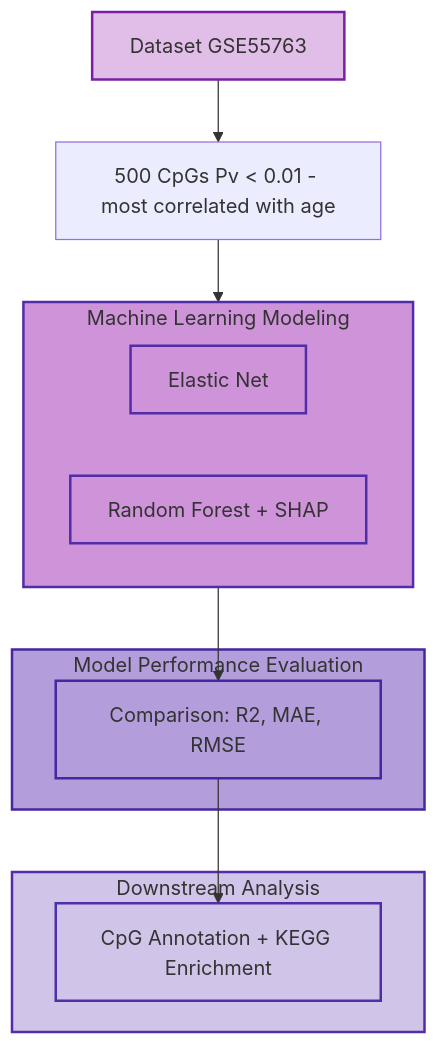
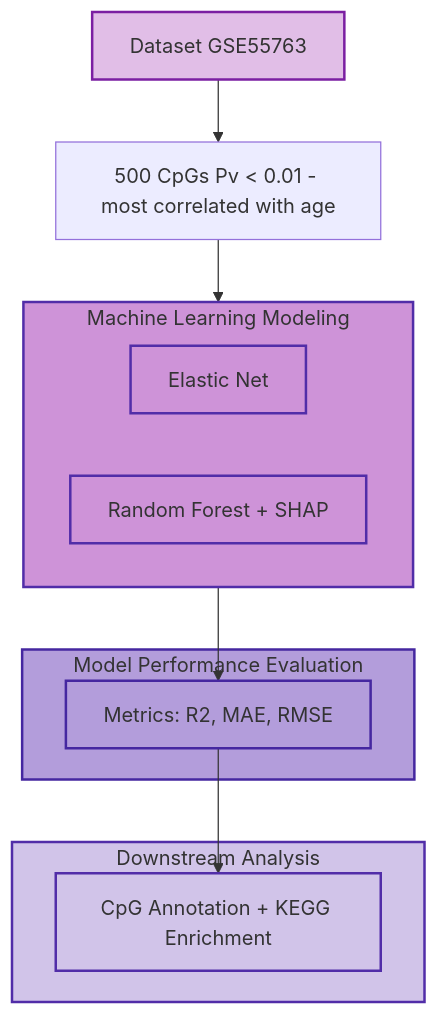
One commit to Magal88/BINF7700_Capstone_Eisik_Magali changed the diagram in README.md. Above: the diagram before and after it, drawn with Mermaid.

Commit message:
Update terminology in README for clarity

````diff
--- a/README.md
+++ b/README.md
@@ -10,37 +10,37 @@
 ```mermaid
 flowchart TD
     %% Input
     A[Dataset GSE55763] --> B[500 CpGs Pv &lt; 0.01 - most correlated with age]
 
     %% Machine Learning Modeling
     subgraph ML [Machine Learning Modeling]
         C[Elastic Net] 
         D[Random Forest + SHAP]
     end
 
     B --> ML
 
     %% Model Performance Evaluation
     subgraph Eval [Model Performance Evaluation]
-        E[Comparison: R2, MAE, RMSE]
+        E[Metrics: R2, MAE, RMSE]
     end
 
     ML --> E
 
     %% Downstream Analysis
     subgraph Downstream [Downstream Analysis]
         F[CpG Annotation + KEGG Enrichment]
     end
 
     E --> F
 
     %% Styles
     style A fill:#e1bee7,stroke:#7b1fa2,stroke-width:2px
     style ML fill:#ce93d8,stroke:#512da8,stroke-width:2px
     style C fill:#ce93d8,stroke:#512da8,stroke-width:2px
     style D fill:#ce93d8,stroke:#512da8,stroke-width:2px
     style Eval fill:#b39ddb,stroke:#4527a0,stroke-width:2px
     style E fill:#b39ddb,stroke:#4527a0,stroke-width:2px
     style Downstream fill:#d1c4e9,stroke:#512da8,stroke-width:2px
     style F fill:#d1c4e9,stroke:#512da8,stroke-width:2px
 ```
````
